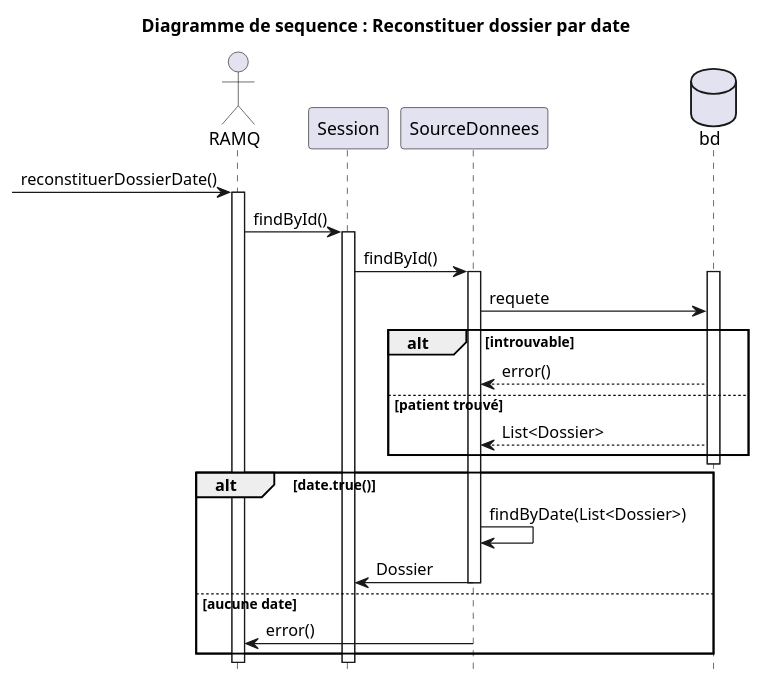
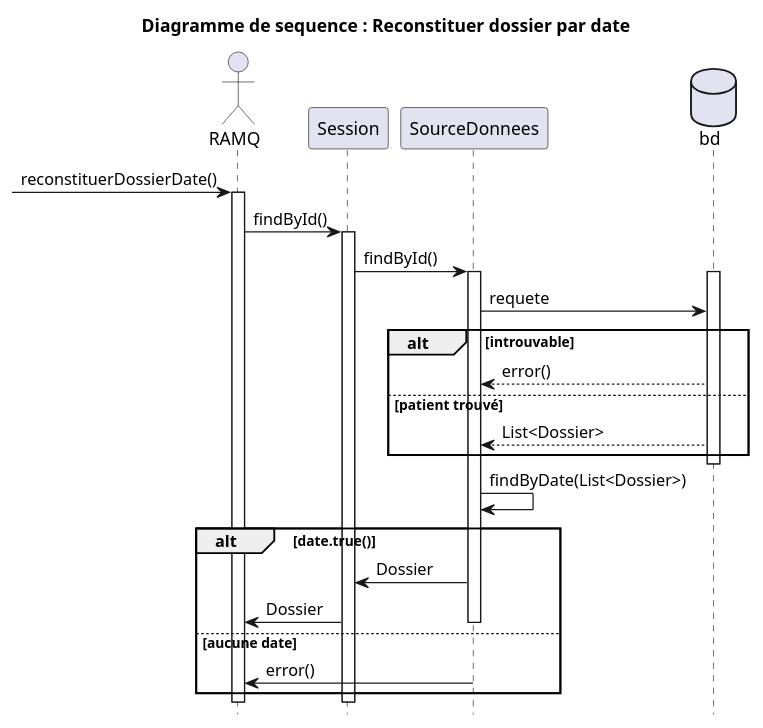
One commit to fethiuqam/INF5153-Projet-Session changed the diagram in models/Diagramme_Sequences/Reconstruire_dossier_date/dossierDate_code.puml. Above: the diagram before and after it, drawn with PlantUML. The commit also changed 5 other files, not shown here.

Commit message:
ajout findByDate et findByModification

```diff
--- a/models/Diagramme_Sequences/Reconstruire_dossier_date/dossierDate_code.puml
+++ b/models/Diagramme_Sequences/Reconstruire_dossier_date/dossierDate_code.puml
@@ -1,31 +1,32 @@
 @startuml
 title Diagramme de sequence : Reconstituer dossier par date
 hide footbox
 Actor "RAMQ" as ramq
 -> ramq: reconstituerDossierDate()
 activate ramq
 hide footbox
 ramq -> Session: findById()
 activate Session
 Session -> SourceDonnees: findById()
 activate SourceDonnees
 database Bd as "bd"
 activate Bd
 SourceDonnees -> Bd: requete
 alt introuvable
 Bd --> SourceDonnees: error()
 else patient trouvé
 Bd --> SourceDonnees:List<Dossier>
 end
 deactivate Bd
+SourceDonnees -> SourceDonnees: findByDate(List<Dossier>)
 alt date.true()
-SourceDonnees -> SourceDonnees: findByDate(List<Dossier>)
 SourceDonnees -> Session: Dossier
+Session -> ramq: Dossier
 deactivate SourceDonnees
 else aucune date
 SourceDonnees -> ramq: error()
 end
 deactivate Session
 deactivate ramq
 
 @enduml
```
